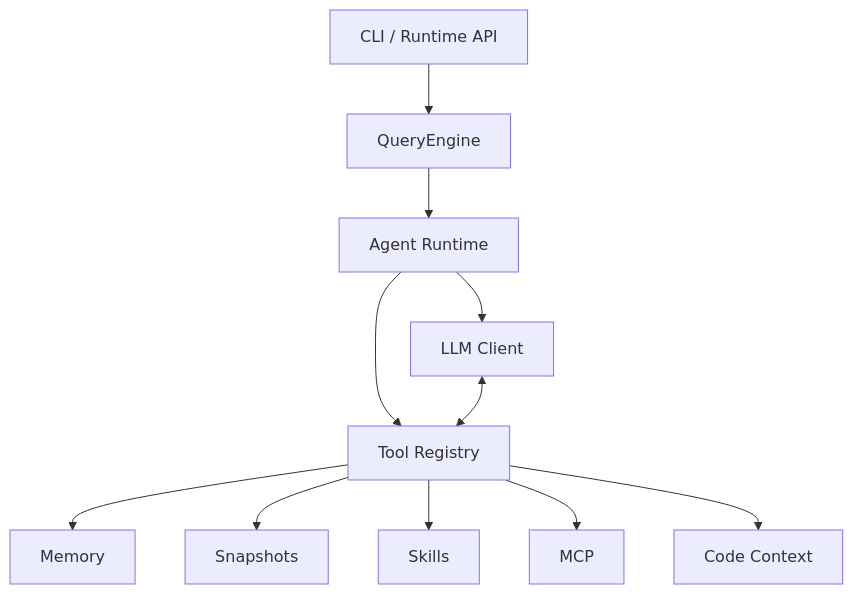
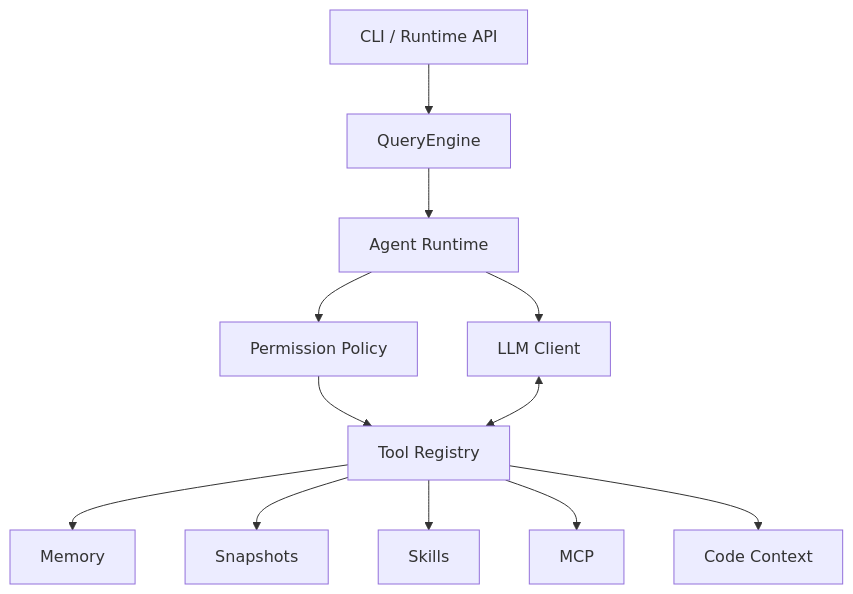
Before and after one commit to ZhangYiFan2003/Agent-Runtime: the diagram in README.md, drawn with Mermaid. The commit also changed other lines of this file and 12 other files, not shown here.

Commit message:
feat: add capability-based permission policy

````diff
--- a/README.md
+++ b/README.md
@@ -47,13 +48,14 @@
 ```mermaid
 flowchart TD
     A["CLI / Runtime API"] --> B["QueryEngine"]
     B --> C["Agent Runtime"]
     C --> D["LLM Client"]
-    C --> E["Tool Registry"]
+    C --> P["Permission Policy"]
+    P --> E["Tool Registry"]
     D <--> E
     E --> F["Memory"]
     E --> G["Snapshots"]
     E --> H["Skills"]
     E --> I["MCP"]
     E --> J["Code Context"]
 ```
````
